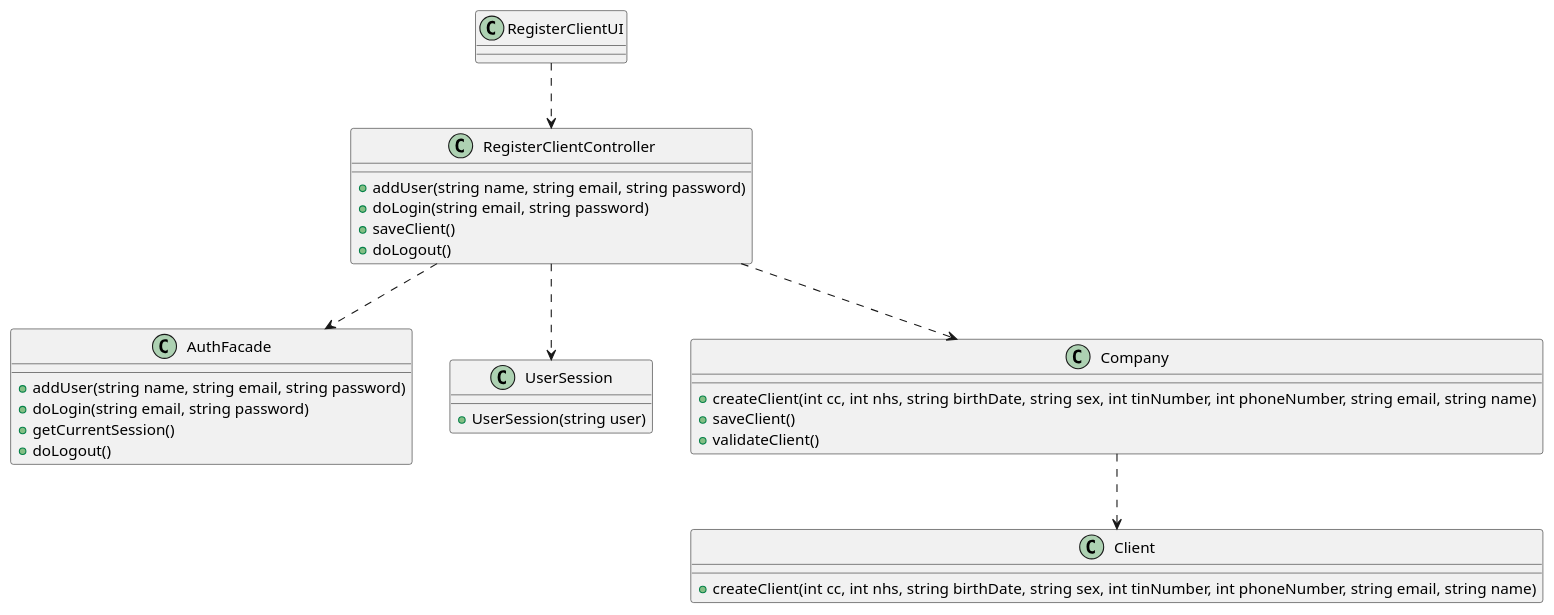
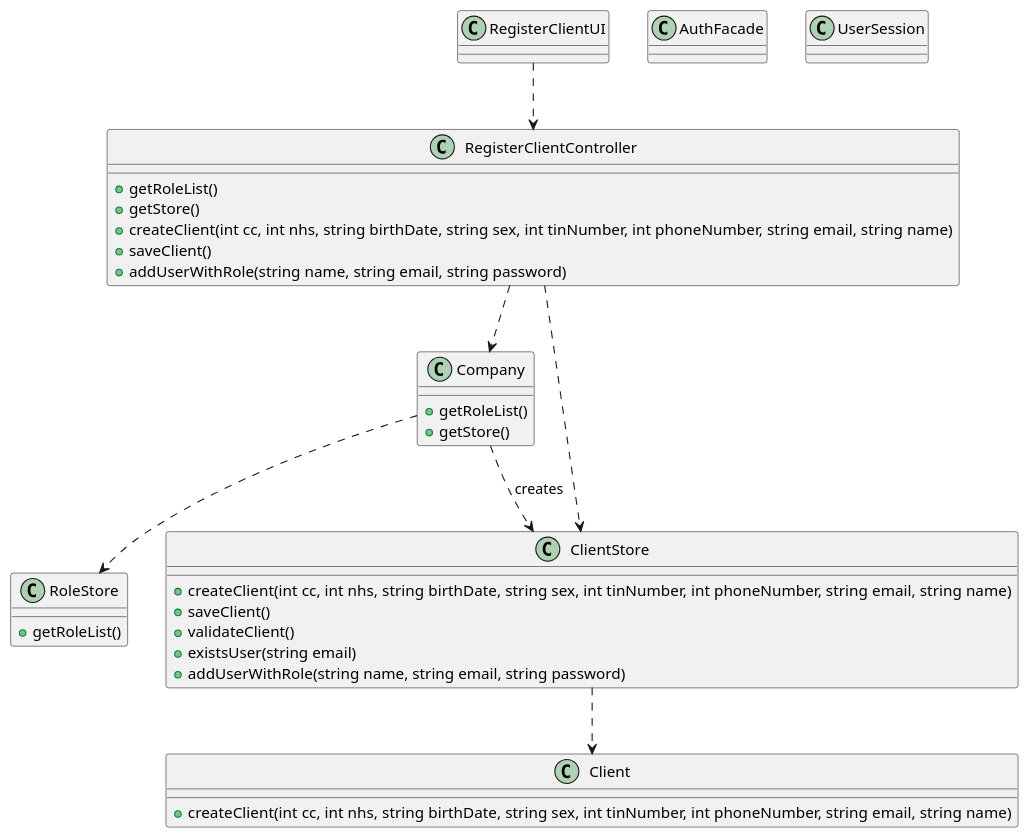
The diagram in docs/SprintB/US03/US3_CD.puml (MarianaCLages/LAPR2), drawn with PlantUML before and after one commit. The commit also changed 10 other files, not shown here.

```diff
--- a/docs/SprintB/US03/US3_CD.puml
+++ b/docs/SprintB/US03/US3_CD.puml
@@ -1,40 +1,48 @@
 @startuml
 
 class RegisterClientUI{
 }
 
 class RegisterClientController{
-    +addUser(string name, string email, string password)
-    +doLogin(string email, string password)
-    +saveClient()
-    +doLogout()
+    + getRoleList()
+    + getStore()
+    + createClient(int cc, int nhs, string birthDate, string sex, int tinNumber, int phoneNumber, string email, string name)
+    + saveClient()
+    + addUserWithRole(string name, string email, string password)
 }
 
 class AuthFacade{
-    +addUser(string name, string email, string password)
-    +doLogin(string email, string password)
-    +getCurrentSession()
-    +doLogout()
 }
 
 class UserSession{
-    +UserSession(string user)
 }
 
 class Company{
-    +createClient(int cc, int nhs, string birthDate, string sex, int tinNumber, int phoneNumber, string email, string name)
-    +saveClient()
-    +validateClient()
+    + getRoleList()
+    + getStore()
 }
 
 class Client{
-    +createClient(int cc, int nhs, string birthDate, string sex, int tinNumber, int phoneNumber, string email, string name)
+    + createClient(int cc, int nhs, string birthDate, string sex, int tinNumber, int phoneNumber, string email, string name)
+}
+
+class ClientStore{
+    + createClient(int cc, int nhs, string birthDate, string sex, int tinNumber, int phoneNumber, string email, string name)
+    + saveClient()
+    + validateClient()
+    + existsUser(string email)
+    + addUserWithRole(string name, string email, string password)
+}
+
+class RoleStore{
+    + getRoleList()
 }
 
 RegisterClientUI ..> RegisterClientController
-RegisterClientController ..> AuthFacade
-RegisterClientController ..> UserSession
 RegisterClientController ..> Company
-Company ..> Client
+RegisterClientController ..> ClientStore
+ClientStore ..> Client
+Company ..> ClientStore: creates
+Company ..> RoleStore
 
 @enduml
```
